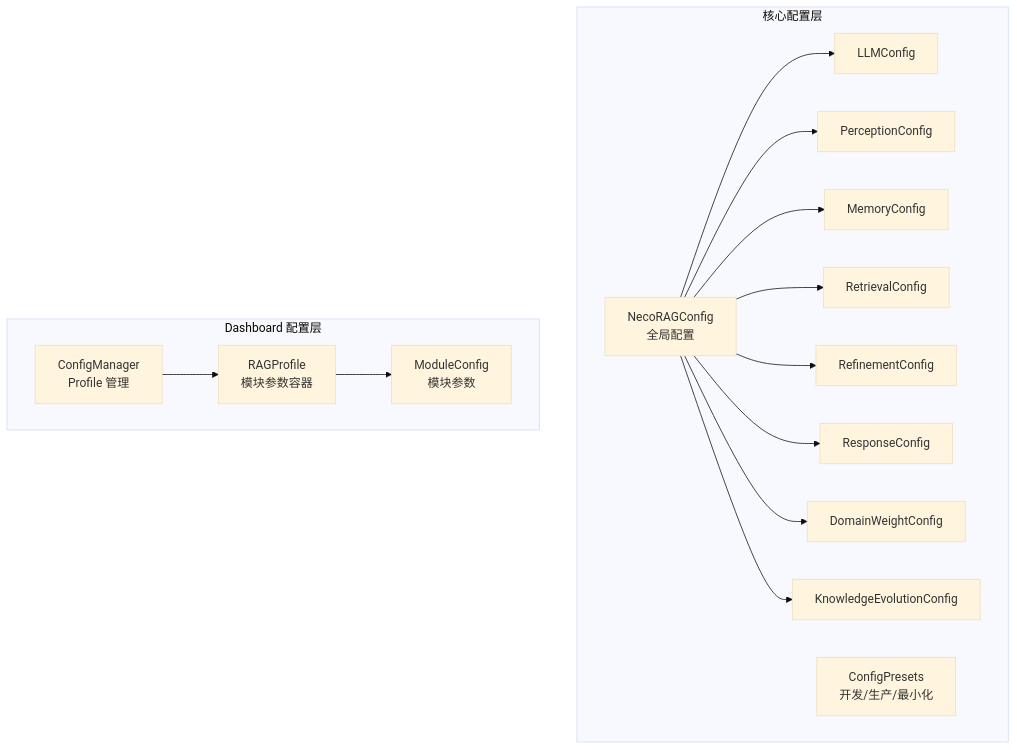
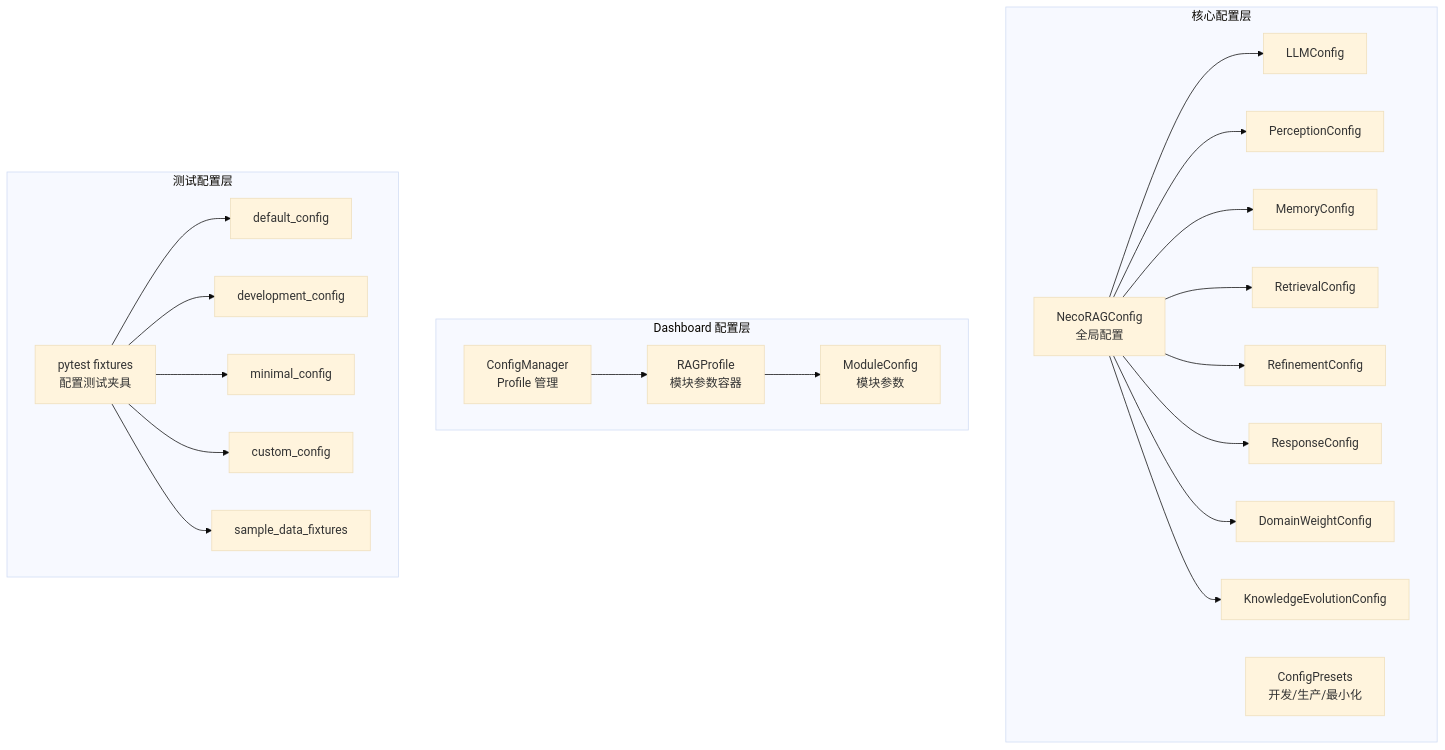
One commit to JieGaoPrinceton/NecoRAG changed the first of 10 diagrams in .qoder/repowiki/zh/content/配置管理/配置管理.md. Above: the diagram before and after it, drawn with Mermaid (base theme). The commit also changed other lines of this file and 12 other files, not shown here.

````diff
--- a/.qoder/repowiki/zh/content/配置管理/配置管理.md
+++ b/.qoder/repowiki/zh/content/配置管理/配置管理.md
@@ -36,30 +50,43 @@
 ```mermaid
 graph TB
 subgraph "核心配置层"
 A["NecoRAGConfig<br/>全局配置"]
 B["LLMConfig"]
 C["PerceptionConfig"]
 D["MemoryConfig"]
 E["RetrievalConfig"]
 F["RefinementConfig"]
 G["ResponseConfig"]
 H["DomainWeightConfig"]
 I["KnowledgeEvolutionConfig"]
 J["ConfigPresets<br/>开发/生产/最小化"]
 end
 subgraph "Dashboard 配置层"
 M["ConfigManager<br/>Profile 管理"]
 N["RAGProfile<br/>模块参数容器"]
 O["ModuleConfig<br/>模块参数"]
 end
+subgraph "测试配置层"
+P["pytest fixtures<br/>配置测试夹具"]
+Q["default_config"]
+R["development_config"]
+S["minimal_config"]
+T["custom_config"]
+U["sample_data_fixtures"]
+end
 A --> B
 A --> C
 A --> D
 A --> E
 A --> F
 A --> G
 A --> H
 A --> I
 M --> N
 N --> O
+P --> Q
+P --> R
+P --> S
+P --> T
+P --> U
 ```
````
